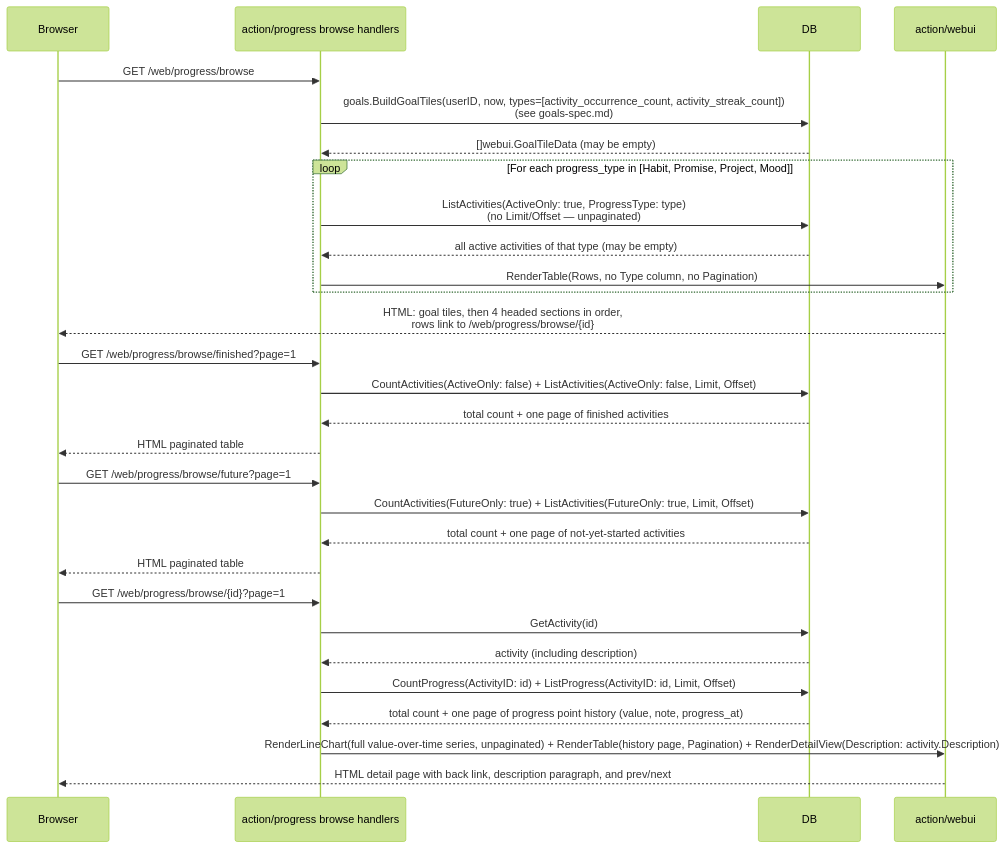
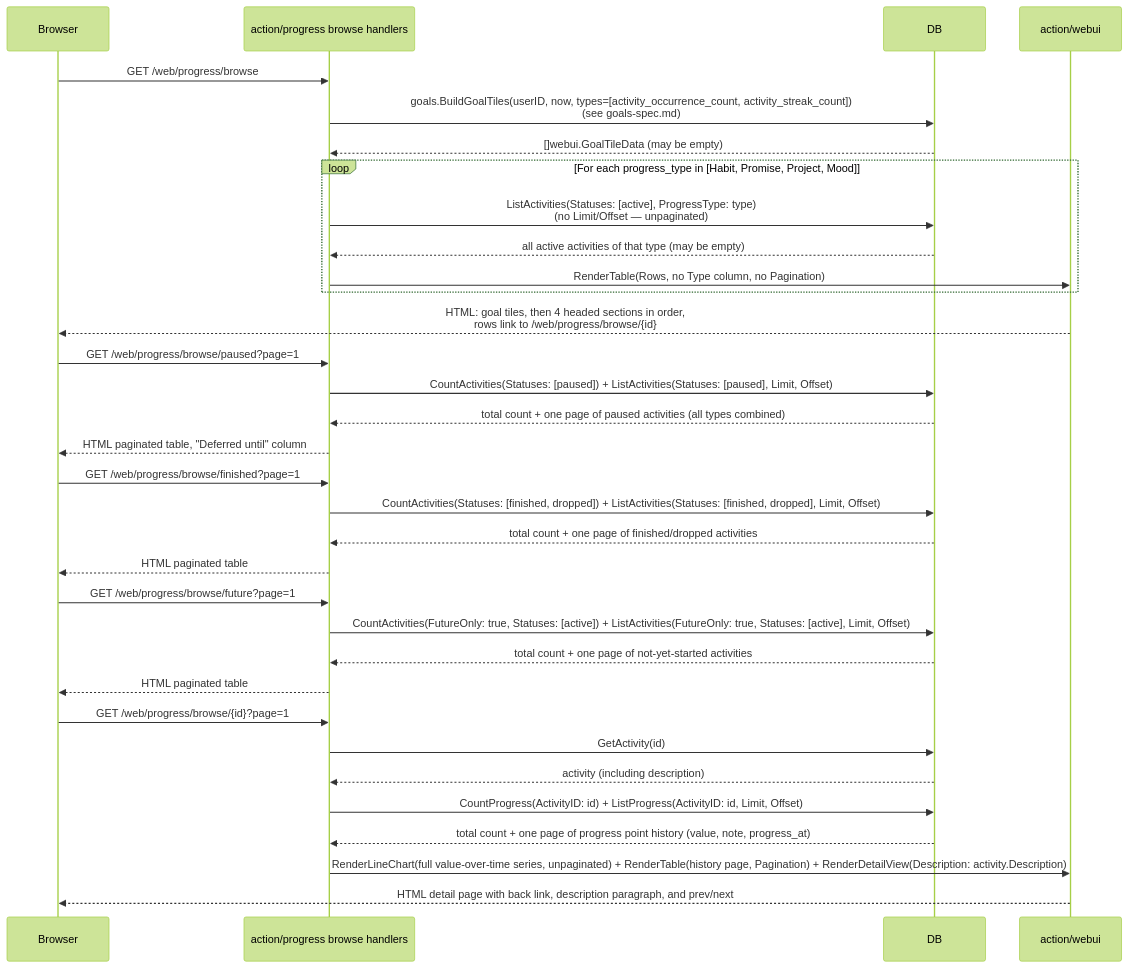
The fourth of 4 diagrams in docs/functions/progress-spec.md (rusinikita/personal), drawn with Mermaid (forest theme) before and after one commit. The commit also changed other lines of this file and 16 other files, not shown here.

First line of the commit message:
feat(progress): add activity status/deferred_until, replace finish_activity with delete_activity

````diff
--- a/docs/functions/progress-spec.md
+++ b/docs/functions/progress-spec.md
@@ -132,35 +141,40 @@
 ```mermaid
 sequenceDiagram
     participant Browser
     participant Handler as action/progress browse handlers
     participant DB
     participant Webui as action/webui
 
     Browser->>Handler: GET /web/progress/browse
     Handler->>DB: goals.BuildGoalTiles(userID, now, types=[activity_occurrence_count, activity_streak_count])<br/>(see goals-spec.md)
     DB-->>Handler: []webui.GoalTileData (may be empty)
     loop For each progress_type in [Habit, Promise, Project, Mood]
-        Handler->>DB: ListActivities(ActiveOnly: true, ProgressType: type)<br/>(no Limit/Offset — unpaginated)
+        Handler->>DB: ListActivities(Statuses: [active], ProgressType: type)<br/>(no Limit/Offset — unpaginated)
         DB-->>Handler: all active activities of that type (may be empty)
         Handler->>Webui: RenderTable(Rows, no Type column, no Pagination)
     end
     Webui-->>Browser: HTML: goal tiles, then 4 headed sections in order,<br/>rows link to /web/progress/browse/{id}
 
+    Browser->>Handler: GET /web/progress/browse/paused?page=1
+    Handler->>DB: CountActivities(Statuses: [paused]) + ListActivities(Statuses: [paused], Limit, Offset)
+    DB-->>Handler: total count + one page of paused activities (all types combined)
+    Handler-->>Browser: HTML paginated table, "Deferred until" column
+
     Browser->>Handler: GET /web/progress/browse/finished?page=1
-    Handler->>DB: CountActivities(ActiveOnly: false) + ListActivities(ActiveOnly: false, Limit, Offset)
-    DB-->>Handler: total count + one page of finished activities
+    Handler->>DB: CountActivities(Statuses: [finished, dropped]) + ListActivities(Statuses: [finished, dropped], Limit, Offset)
+    DB-->>Handler: total count + one page of finished/dropped activities
     Handler-->>Browser: HTML paginated table
 
     Browser->>Handler: GET /web/progress/browse/future?page=1
-    Handler->>DB: CountActivities(FutureOnly: true) + ListActivities(FutureOnly: true, Limit, Offset)
+    Handler->>DB: CountActivities(FutureOnly: true, Statuses: [active]) + ListActivities(FutureOnly: true, Statuses: [active], Limit, Offset)
     DB-->>Handler: total count + one page of not-yet-started activities
     Handler-->>Browser: HTML paginated table
 
     Browser->>Handler: GET /web/progress/browse/{id}?page=1
     Handler->>DB: GetActivity(id)
     DB-->>Handler: activity (including description)
     Handler->>DB: CountProgress(ActivityID: id) + ListProgress(ActivityID: id, Limit, Offset)
     DB-->>Handler: total count + one page of progress point history (value, note, progress_at)
     Handler->>Webui: RenderLineChart(full value-over-time series, unpaginated) + RenderTable(history page, Pagination) + RenderDetailView(Description: activity.Description)
     Webui-->>Browser: HTML detail page with back link, description paragraph, and prev/next
 ```
````
